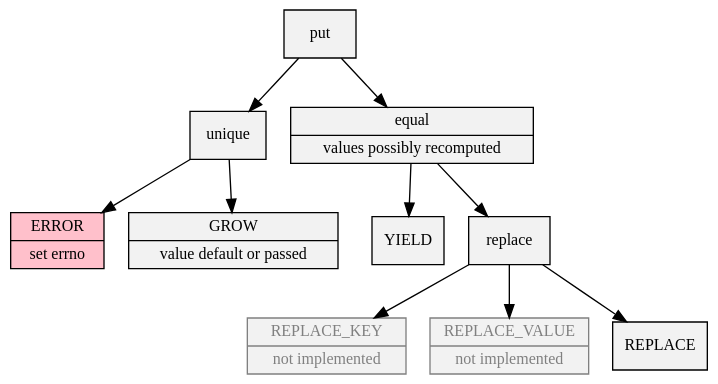
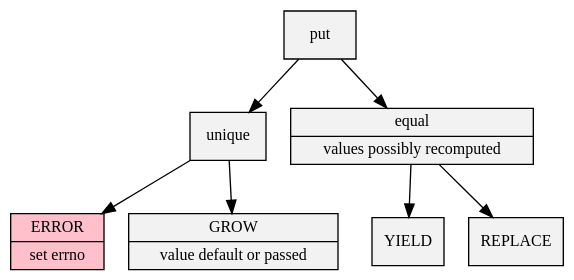
One commit to neil-edelman/boxes changed the diagram in web/put.gv. Above: the diagram before and after it, drawn with Graphviz. The commit also changed 4 other files, not shown here.

Commit message:
transparent graphs, sweeet!

```diff
--- a/web/put.gv
+++ b/web/put.gv
@@ -1,25 +1,26 @@
 digraph {
 	graph [truecolor=true, bgcolor=transparent];
 	node [shape=record, style=filled, fillcolor=Grey95];
 	fontname = "Bitstream Vera Sans";
 	fontsize = 12;
 	node [fontname = "Bitstream Vera Sans", fontsize = 12];
 	edge [fontname = "Bitstream Vera Sans" fontsize = 12];
 	put;
 	put -> unique;
 	unique -> error;
 	unique -> grow;
 	put -> equal;
 	equal -> yield;
 	equal -> replace;
-	replace -> key;
-	replace -> value;
-	replace -> both;
+	//replace -> key;
+	//replace -> value;
+	//replace -> both;
 	error [label="{ERROR|set errno}", fillcolor="Pink"];
 	equal [label="{equal|values possibly recomputed}"];
 	grow [label="{GROW|value default or passed}"];
 	yield [label="YIELD"];
-	key [label="{REPLACE_KEY|not implemented}", color=Grey, fontcolor=Grey];
-	value [label="{REPLACE_VALUE|not implemented}", color=Grey, fontcolor=Grey];
-	both [label="REPLACE"];
+	//key [label="{REPLACE_KEY|not implemented}", color=Grey, fontcolor=Grey];
+	//value [label="{REPLACE_VALUE|not implemented}", color=Grey, fontcolor=Grey];
+	//both [label="REPLACE"];
+	replace [label="REPLACE"];
 }
```
